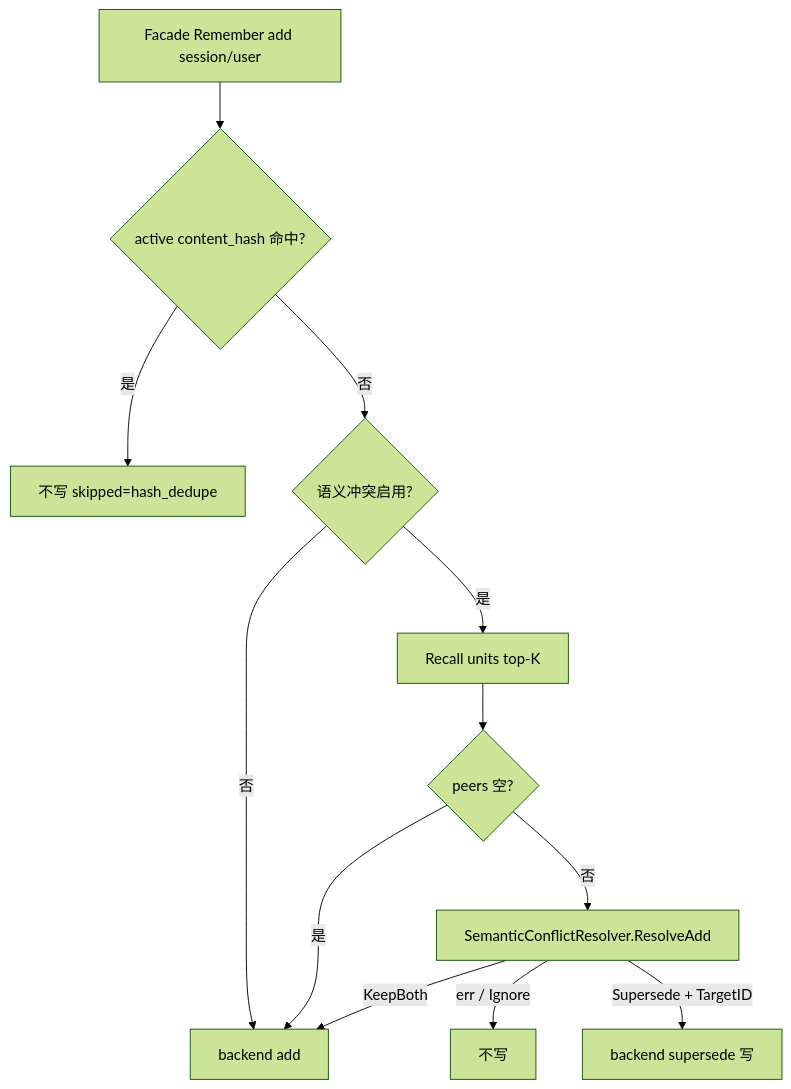
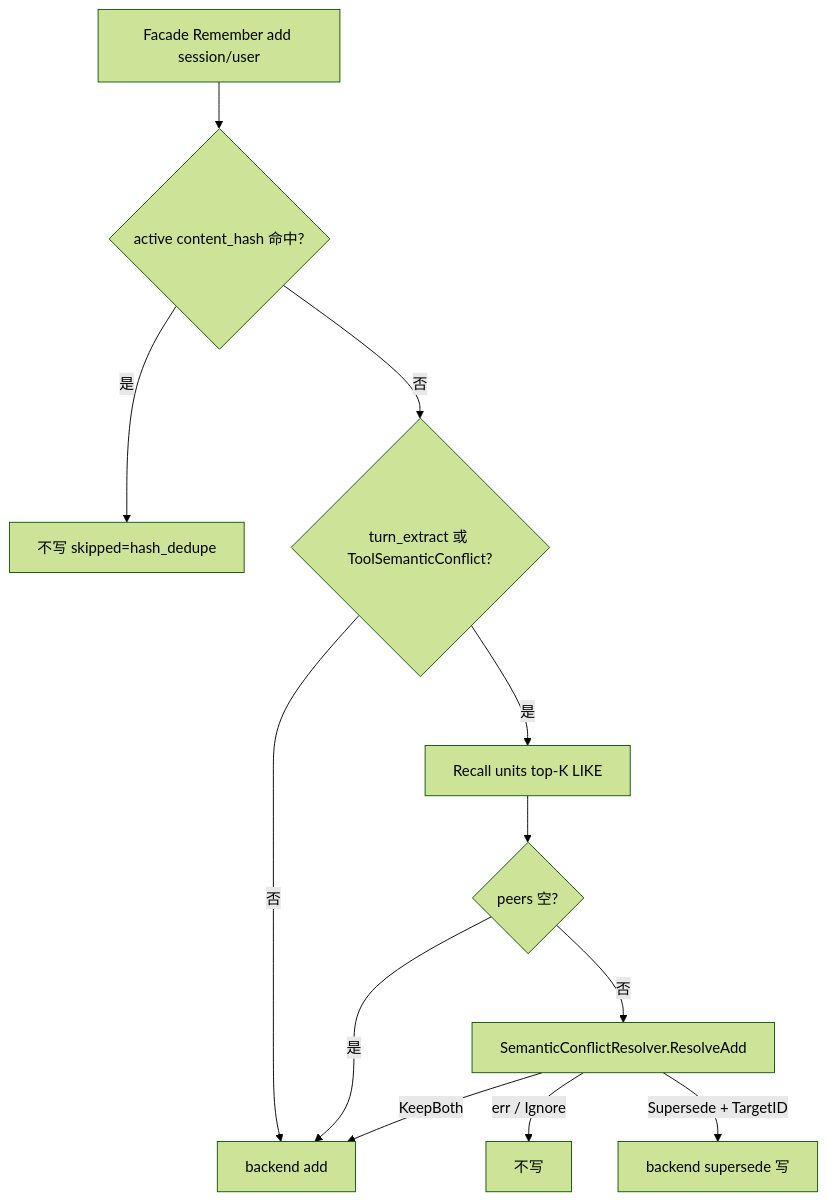
One commit to sixath/sixath changed the diagram in docs/superpowers/specs/2026-07-26-memory-store-llm-conflict-design.md. Above: the diagram before and after it, drawn with Mermaid (forest theme). The commit also changed other lines of this file, not shown here.

Commit message:
docs(memory): sync P2-D2 diagram and fail-closed return shape

````diff
--- a/docs/superpowers/specs/2026-07-26-memory-store-llm-conflict-design.md
+++ b/docs/superpowers/specs/2026-07-26-memory-store-llm-conflict-design.md
@@ -44,14 +44,14 @@
 ```mermaid
 flowchart TD
   A[Facade Remember add session/user] --> H{active content_hash 命中?}
   H -->|是| Skip[不写 skipped=hash_dedupe]
-  H -->|否| On{语义冲突启用?}
+  H -->|否| On{turn_extract 或 ToolSemanticConflict?}
   On -->|否| Add[backend add]
-  On -->|是| R[Recall units top-K]
+  On -->|是| R[Recall units top-K LIKE]
   R --> Empty{peers 空?}
   Empty -->|是| Add
   Empty -->|否| L[SemanticConflictResolver.ResolveAdd]
   L -->|err / Ignore| Skip2[不写]
   L -->|KeepBoth| Add
   L -->|Supersede + TargetID| S[backend supersede 写]
 ```
````
